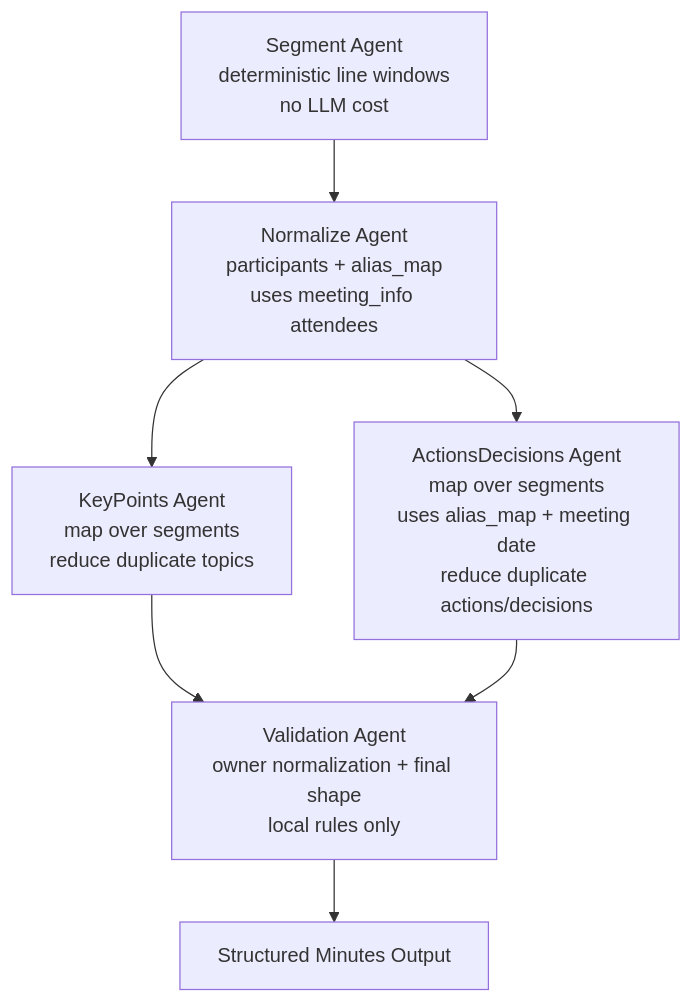
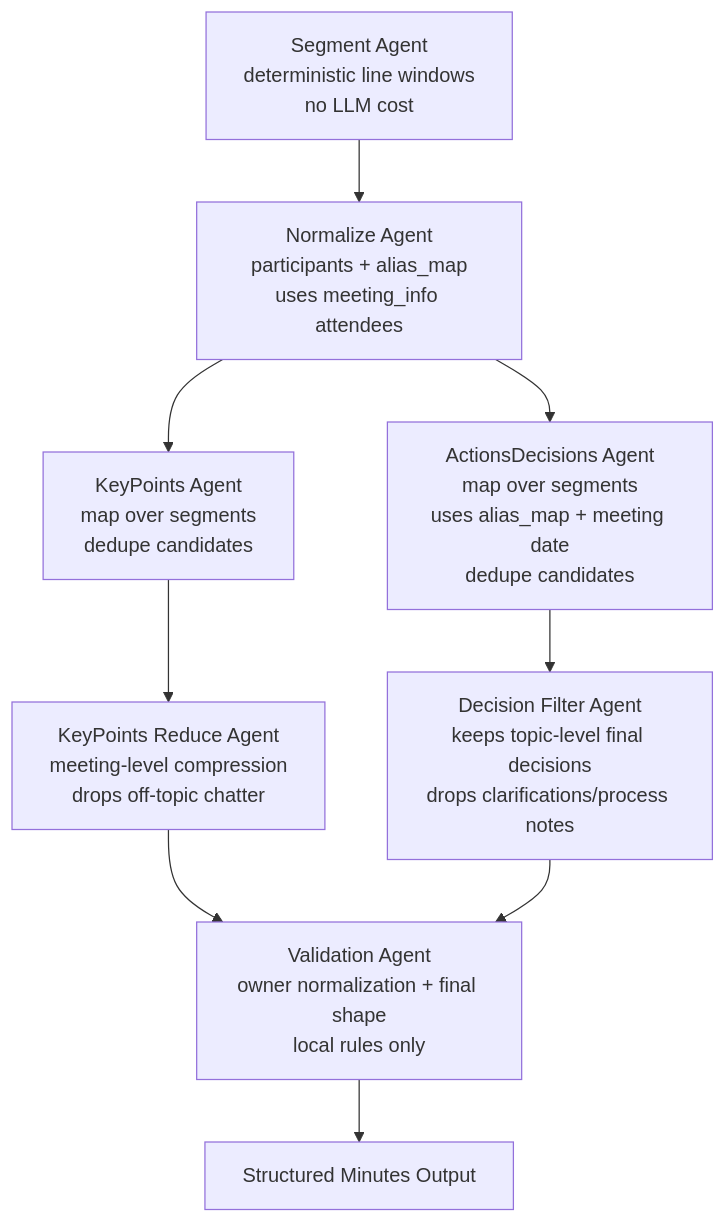
One commit to KeaiPandas/Minsight changed the diagram in Core/v2/architecture.md. Above: the diagram before and after it, drawn with Mermaid. The commit also changed other lines of this file and 15 other files, not shown here.

````diff
--- a/Core/v2/architecture.md
+++ b/Core/v2/architecture.md
@@ -8,16 +8,20 @@
 ```mermaid
 flowchart TD
     S["Segment Agent<br/>deterministic line windows<br/>no LLM cost"]
     N["Normalize Agent<br/>participants + alias_map<br/>uses meeting_info attendees"]
-    K["KeyPoints Agent<br/>map over segments<br/>reduce duplicate topics"]
-    A["ActionsDecisions Agent<br/>map over segments<br/>uses alias_map + meeting date<br/>reduce duplicate actions/decisions"]
+    K["KeyPoints Agent<br/>map over segments<br/>dedupe candidates"]
+    KR["KeyPoints Reduce Agent<br/>meeting-level compression<br/>drops off-topic chatter"]
+    A["ActionsDecisions Agent<br/>map over segments<br/>uses alias_map + meeting date<br/>dedupe candidates"]
+    DF["Decision Filter Agent<br/>keeps topic-level final decisions<br/>drops clarifications/process notes"]
     V["Validation Agent<br/>owner normalization + final shape<br/>local rules only"]
     O["Structured Minutes Output"]
 
     S --> N
     N --> K
     N --> A
-    K --> V
-    A --> V
+    K --> KR
+    A --> DF
+    KR --> V
+    DF --> V
     V --> O
 ```
````
